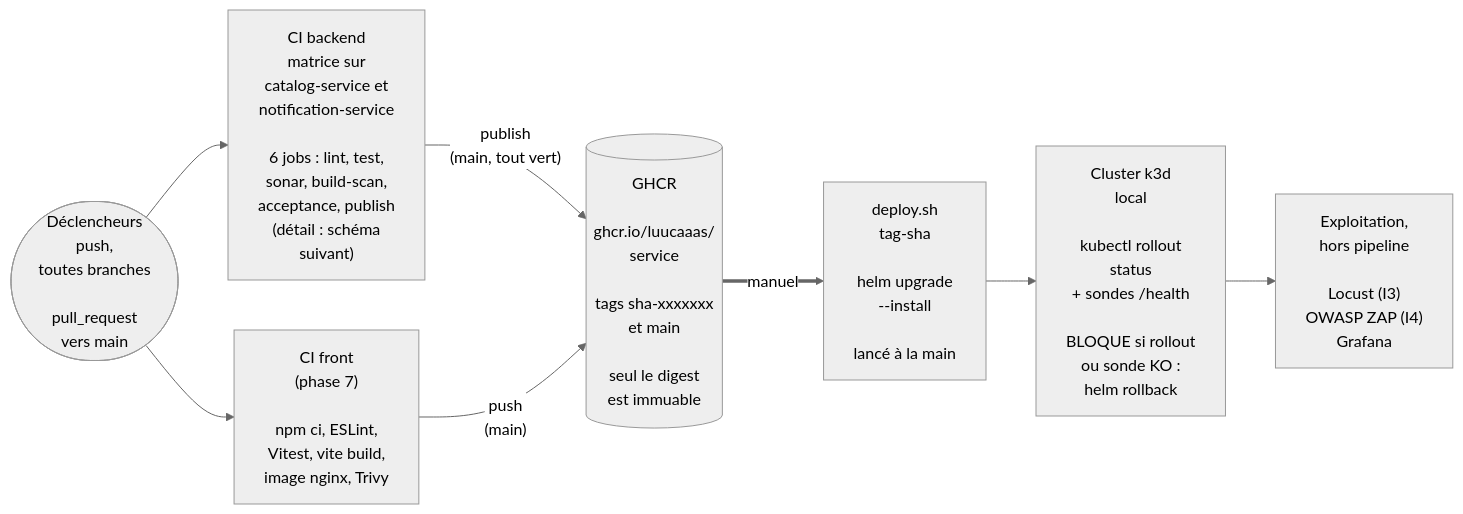
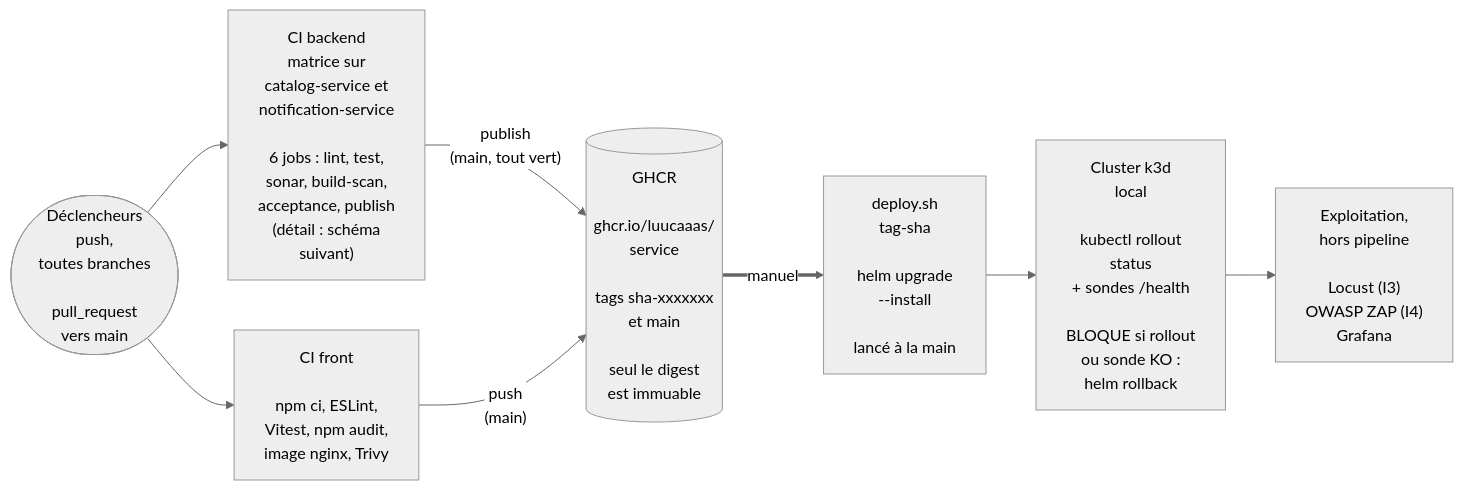
Before and after one commit to Luucaaas/collector-poc: the first of 2 diagrams in docs/01-qualite/cicd.md, drawn with Mermaid (neutral theme). The commit also changed other lines of this file and 15 other files, not shown here.

Commit message:
Fusion de P7-03 : image nginx non root du front, en-têtes de sécurité, workflow frontend.yml (scan du digest publié avant étiquetage)

````diff
--- a/docs/01-qualite/cicd.md
+++ b/docs/01-qualite/cicd.md
@@ -41,17 +41,17 @@
 ```mermaid
 flowchart LR
     %% id: pipeline-cicd
     TRIG(["Déclencheurs<br/>push,<br/>toutes branches<br/><br/>pull_request<br/>vers main"])
     BACK["CI backend<br/>matrice sur<br/>catalog-service et<br/>notification-service<br/><br/>6 jobs : lint, test,<br/>sonar, build-scan,<br/>acceptance, publish<br/>(détail : schéma<br/>suivant)"]
-    FRONT["CI front<br/>(phase 7)<br/><br/>npm ci, ESLint,<br/>Vitest, vite build,<br/>image nginx, Trivy"]
+    FRONT["CI front<br/><br/>npm ci, ESLint,<br/>Vitest, npm audit,<br/>image nginx, Trivy"]
     GHCR[("GHCR<br/><br/>ghcr.io/luucaaas/<br/>service<br/><br/>tags sha-xxxxxxx<br/>et main<br/><br/>seul le digest<br/>est immuable")]
     DEP["deploy.sh<br/>tag-sha<br/><br/>helm upgrade<br/>--install<br/><br/>lancé à la main"]
     K3D["Cluster k3d<br/>local<br/><br/>kubectl rollout<br/>status<br/>+ sondes /health<br/><br/>BLOQUE si rollout<br/>ou sonde KO :<br/>helm rollback"]
     OPS["Exploitation,<br/>hors pipeline<br/><br/>Locust (I3)<br/>OWASP ZAP (I4)<br/>Grafana"]
     TRIG --> BACK
     TRIG --> FRONT
     BACK -->|"publish<br/>(main, tout vert)"| GHCR
     FRONT -->|"push<br/>(main)"| GHCR
     GHCR ==>|"manuel"| DEP
     DEP --> K3D --> OPS
 ```
````
